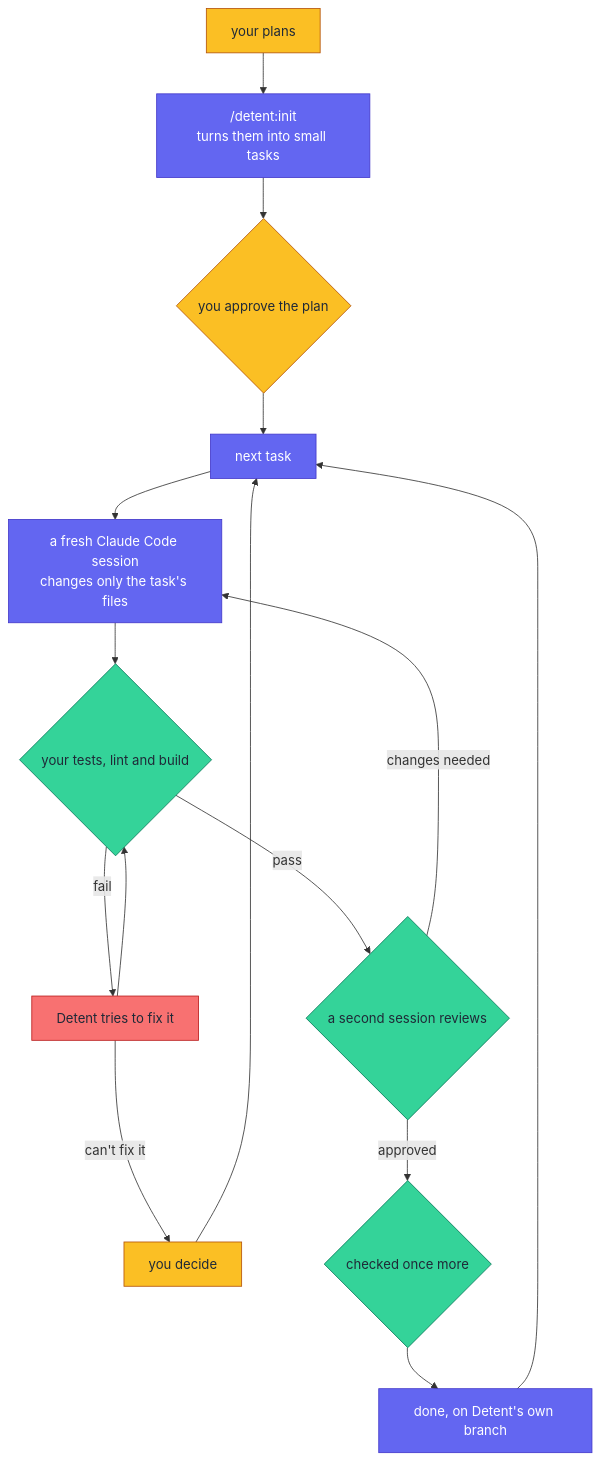
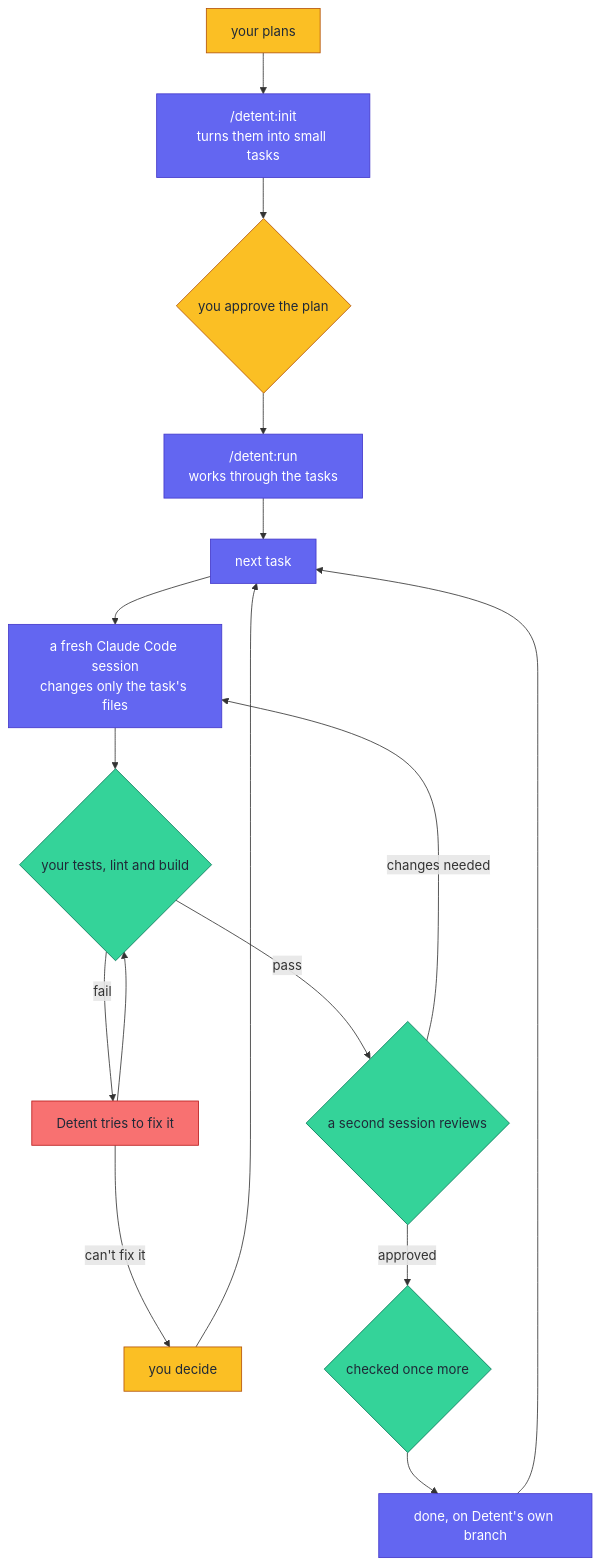
Before and after one commit to djazairdev/detent: the diagram in README.md, drawn with Mermaid.

Commit message:
docs: show /detent:run in the README diagram

````diff
--- a/README.md
+++ b/README.md
@@ -20,26 +20,27 @@
 ```mermaid
 flowchart TD
     P["your plans"] --> I["/detent:init<br>turns them into small tasks"]
     I --> A{"you approve the plan"}
-    A --> T["next task"]
+    A --> R["/detent:run<br>works through the tasks"]
+    R --> T["next task"]
     T --> S["a fresh Claude Code session<br>changes only the task's files"]
     S --> G{"your tests, lint and build"}
     G -- pass --> V{"a second session reviews"}
     G -- fail --> F["Detent tries to fix it"]
     F --> G
     F -- "can't fix it" --> H["you decide"]
     H --> T
     V -- "changes needed" --> S
     V -- approved --> K{"checked once more"}
     K --> D["done, on Detent's own branch"]
     D --> T
 
     classDef you fill:#fbbf24,stroke:#b45309,color:#1f2937
     classDef machine fill:#6366f1,stroke:#4338ca,color:#ffffff
     classDef verify fill:#34d399,stroke:#047857,color:#1f2937
     classDef fix fill:#f87171,stroke:#b91c1c,color:#1f2937
     class P,A,H you
-    class I,T,S,D machine
+    class I,R,T,S,D machine
     class G,V,K verify
     class F fix
 ```
````
